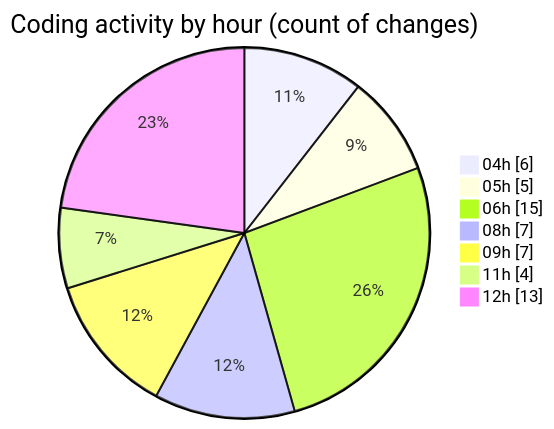
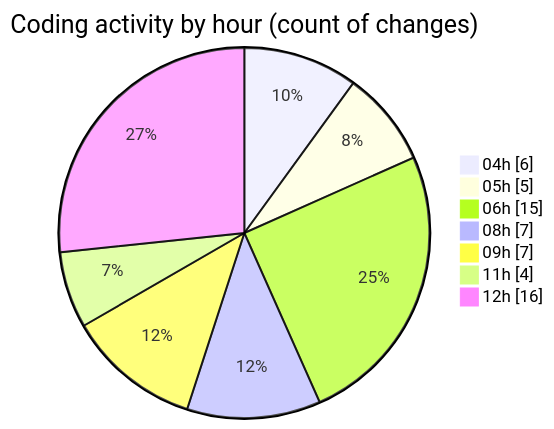
The second of 2 diagrams in 2025-03-23/zeytoon/README.md (vahidmafi/code-tracking), drawn with Mermaid before and after one commit. The commit also changed other lines of this file and 1 other file, not shown here.

````diff
--- a/2025-03-23/zeytoon/README.md
+++ b/2025-03-23/zeytoon/README.md
@@ -41,11 +43,11 @@
 ```mermaid
 pie showData
 title Coding activity by hour (count of changes)
 "04h" : 6
 "05h" : 5
 "06h" : 15
 "08h" : 7
 "09h" : 7
 "11h" : 4
-"12h" : 13
+"12h" : 16
 ```
````
